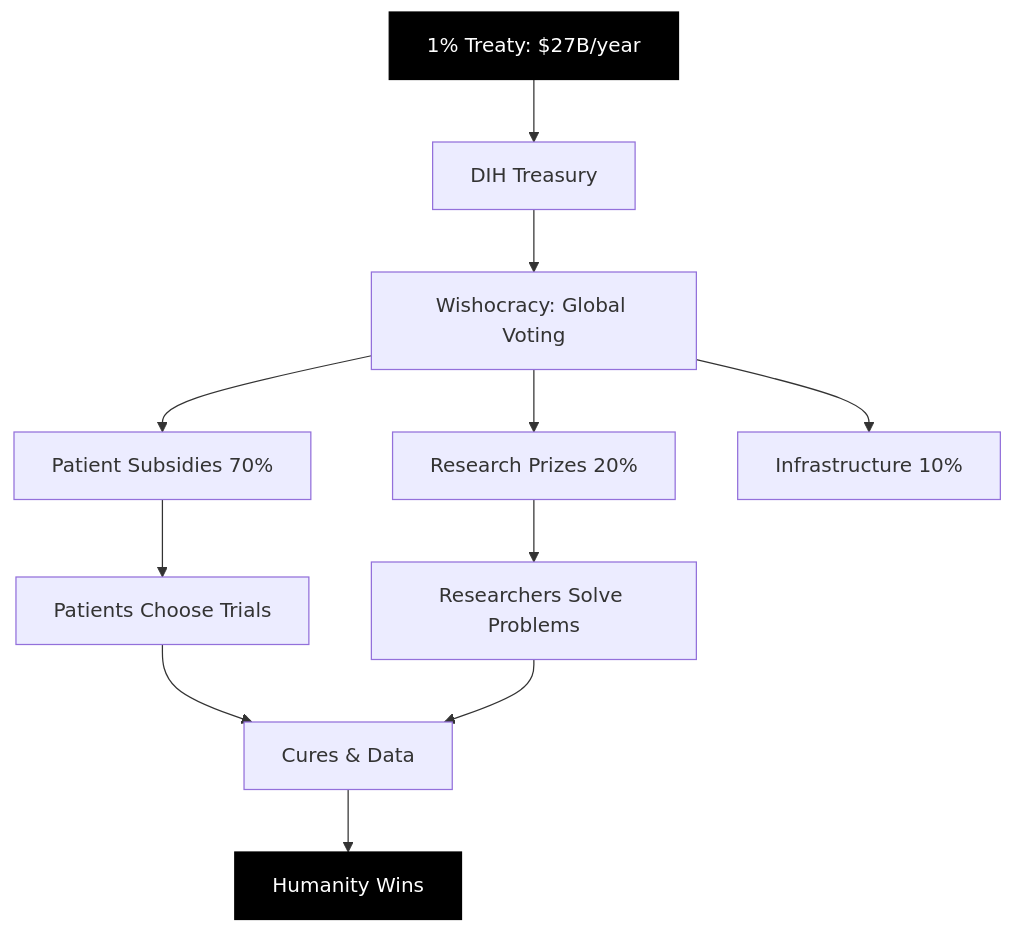
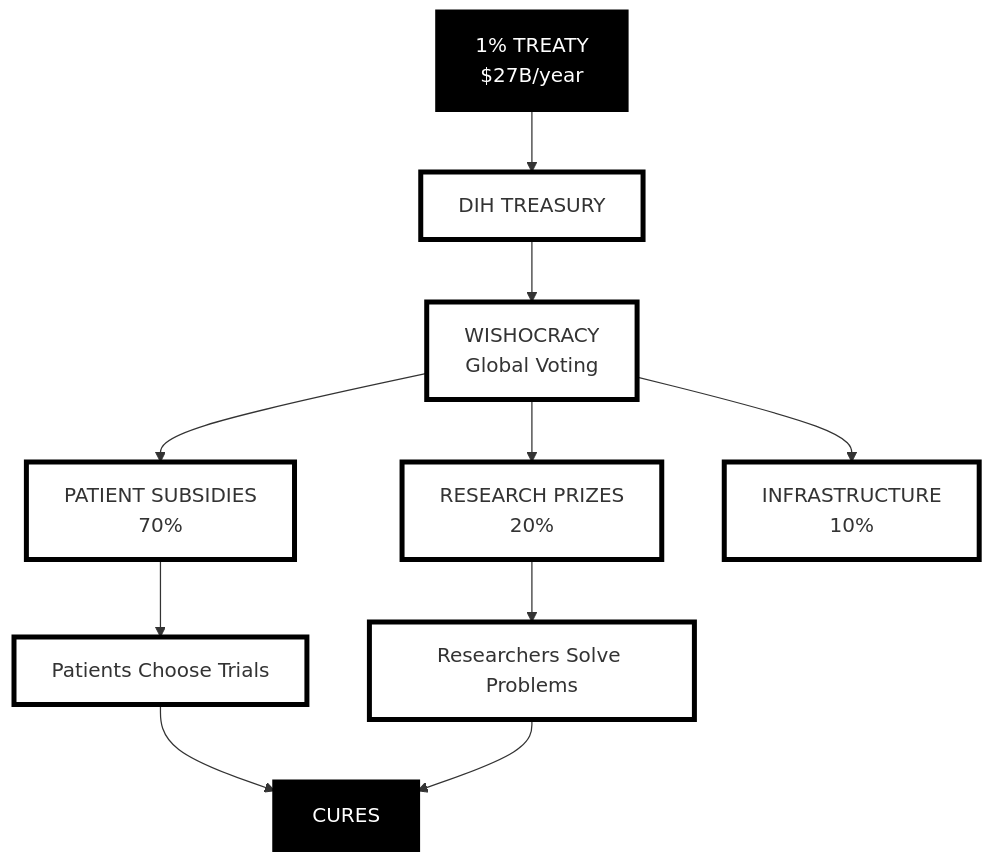
Before and after one commit to mikepsinn/disease-eradication-plan: the diagram in dih-index.qmd, drawn with Mermaid. The commit also changed other lines of this file and 5 other files, not shown here.

````diff
--- a/dih-index.qmd
+++ b/dih-index.qmd
@@ -139,17 +162,23 @@
 ```{mermaid}
 %%| fig-width: 8
 graph TB
-    A[1% Treaty: $27B/year] --> B[DIH Treasury]
-    B --> C[Wishocracy: Global Voting]
-    C --> D[Patient Subsidies 70%]
-    C --> E[Research Prizes 20%]
-    C --> F[Infrastructure 10%]
-    D --> G[Patients Choose Trials]
-    E --> H[Researchers Solve Problems]
-    G --> I[Cures & Data]
+    A["1% TREATY<br/>$27B/year"] --> B["DIH TREASURY"]
+    B --> C["WISHOCRACY<br/>Global Voting"]
+    C --> D["PATIENT SUBSIDIES<br/>70%"]
+    C --> E["RESEARCH PRIZES<br/>20%"]
+    C --> F["INFRASTRUCTURE<br/>10%"]
+    D --> G["Patients Choose Trials"]
+    E --> H["Researchers Solve Problems"]
+    G --> I["CURES"]
     H --> I
-    I --> J[Humanity Wins]
 
-    style A fill:#000,stroke:#000,color:#fff
-    style J fill:#000,stroke:#000,color:#fff
+    style A fill:#000,stroke:#000,color:#fff,stroke-width:4px
+    style I fill:#000,stroke:#000,color:#fff,stroke-width:4px
+    style B fill:#fff,stroke:#000,stroke-width:4px
+    style C fill:#fff,stroke:#000,stroke-width:4px
+    style D fill:#fff,stroke:#000,stroke-width:4px
+    style E fill:#fff,stroke:#000,stroke-width:4px
+    style F fill:#fff,stroke:#000,stroke-width:4px
+    style G fill:#fff,stroke:#000,stroke-width:4px
+    style H fill:#fff,stroke:#000,stroke-width:4px
 ```
````
